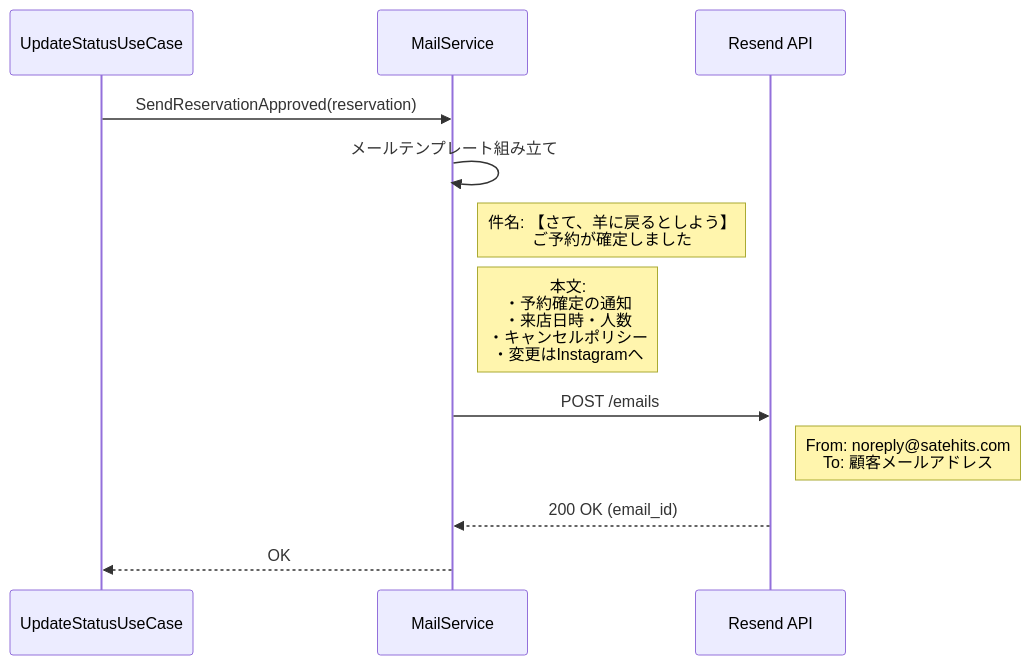
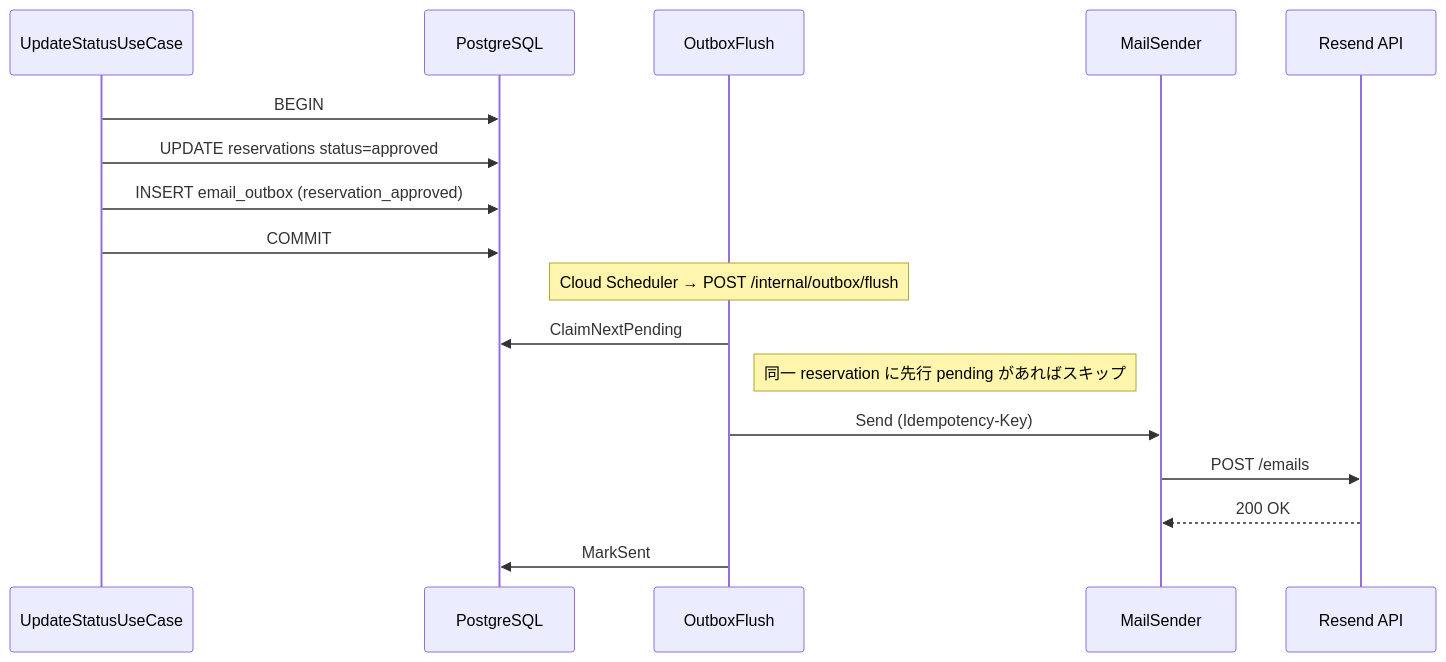
Diagram 11 of 15 in docs/sequence.md (cergijame101007/satehits), drawn with Mermaid before and after one commit. The commit also changed other lines of this file and 9 other files, not shown here.

````diff
--- a/docs/sequence.md
+++ b/docs/sequence.md
@@ -409,17 +407,20 @@
 ```mermaid
 sequenceDiagram
     participant UseCase as UpdateStatusUseCase
-    participant MailService as MailService
+    participant DB as PostgreSQL
+    participant Flush as OutboxFlush
+    participant Sender as MailSender
     participant Resend as Resend API
 
-    UseCase->>MailService: SendReservationApproved(reservation)
-    
-    MailService->>MailService: メールテンプレート組み立て
-    Note right of MailService: 件名: 【さて、羊に戻るとしよう】<br>ご予約が確定しました
-    Note right of MailService: 本文:<br>・予約確定の通知<br>・来店日時・人数<br>・キャンセルポリシー<br>・変更はInstagramへ
-    
-    MailService->>Resend: POST /emails
-    Note right of Resend: From: noreply@satehits.com<br>To: 顧客メールアドレス
-    Resend-->>MailService: 200 OK (email_id)
-    MailService-->>UseCase: OK
+    UseCase->>DB: BEGIN
+    UseCase->>DB: UPDATE reservations status=approved
+    UseCase->>DB: INSERT email_outbox (reservation_approved)
+    UseCase->>DB: COMMIT
+    Note over Flush: Cloud Scheduler → POST /internal/outbox/flush
+    Flush->>DB: ClaimNextPending
+    Note right of Flush: 同一 reservation に先行 pending があればスキップ
+    Flush->>Sender: Send (Idempotency-Key)
+    Sender->>Resend: POST /emails
+    Resend-->>Sender: 200 OK
+    Flush->>DB: MarkSent
 ```
````
